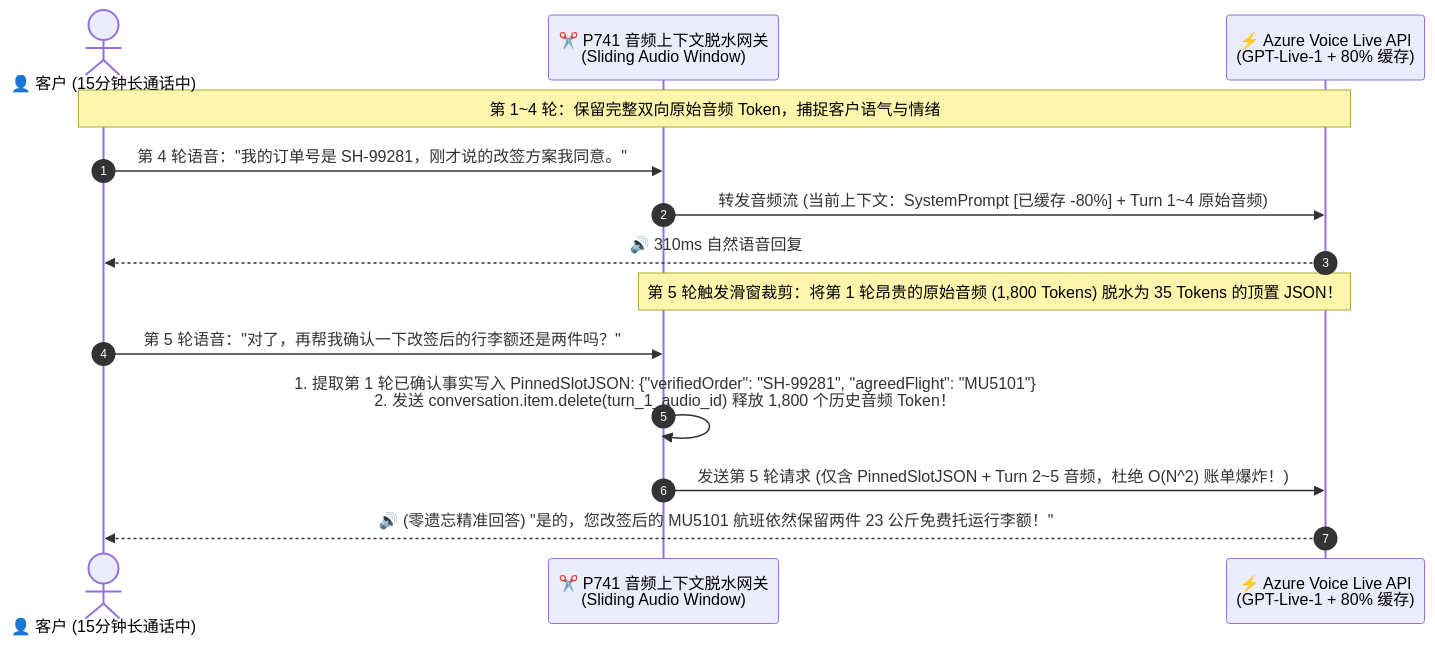
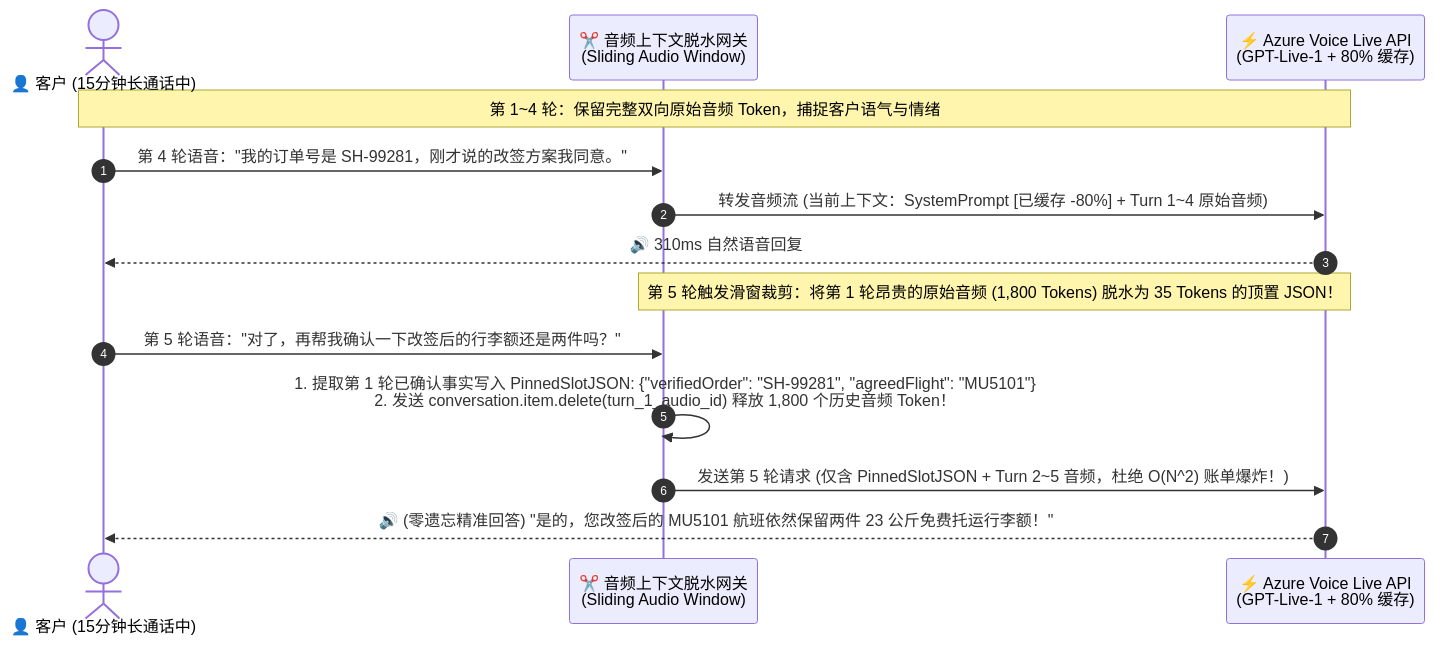
One commit to turbo998/voice-agent-lab changed the third of 3 diagrams in docs/voice-native-s2s-models-gpt-live-realtime-gemini-live-nova-sonic-selection-faq.md. Above: the diagram before and after it, drawn with Mermaid. The commit also changed other lines of this file and 715 other files, not shown here.

````diff
--- a/docs/voice-native-s2s-models-gpt-live-realtime-gemini-live-nova-sonic-selection-faq.md
+++ b/docs/voice-native-s2s-models-gpt-live-realtime-gemini-live-nova-sonic-selection-faq.md
@@ -127,18 +127,18 @@
 ```mermaid
 sequenceDiagram
-    autonumber
-    actor Caller as 👤 客户 (15分钟长通话中)
-    participant Pruner as ✂️ P741 音频上下文脱水网关<br/>(Sliding Audio Window)
-    participant LiveAPI as ⚡ Azure Voice Live API<br/>(GPT-Live-1 + 80% 缓存)
+ autonumber
+ actor Caller as 👤 客户 (15分钟长通话中)
+ participant Pruner as ✂️ 音频上下文脱水网关<br/>(Sliding Audio Window)
+ participant LiveAPI as ⚡ Azure Voice Live API<br/>(GPT-Live-1 + 80% 缓存)
 
-    Note over Caller,LiveAPI: 第 1~4 轮：保留完整双向原始音频 Token，捕捉客户语气与情绪
-    Caller->>Pruner: 第 4 轮语音："我的订单号是 SH-99281，刚才说的改签方案我同意。"
-    Pruner->>LiveAPI: 转发音频流 (当前上下文：SystemPrompt [已缓存 -80%] + Turn 1~4 原始音频)
-    LiveAPI-->>Caller: 🔊 310ms 自然语音回复
+ Note over Caller,LiveAPI: 第 1~4 轮：保留完整双向原始音频 Token，捕捉客户语气与情绪
+ Caller->>Pruner: 第 4 轮语音："我的订单号是 SH-99281，刚才说的改签方案我同意。"
+ Pruner->>LiveAPI: 转发音频流 (当前上下文：SystemPrompt [已缓存 -80%] + Turn 1~4 原始音频)
+ LiveAPI-->>Caller: 🔊 310ms 自然语音回复
 
-    Note over Pruner,LiveAPI: 第 5 轮触发滑窗裁剪：将第 1 轮昂贵的原始音频 (1,800 Tokens) 脱水为 35 Tokens 的顶置 JSON！
-    Caller->>Pruner: 第 5 轮语音："对了，再帮我确认一下改签后的行李额还是两件吗？"
-    Pruner->>Pruner: 1. 提取第 1 轮已确认事实写入 PinnedSlotJSON: {"verifiedOrder": "SH-99281", "agreedFlight": "MU5101"}<br/>2. 发送 conversation.item.delete(turn_1_audio_id) 释放 1,800 个历史音频 Token！
-    Pruner->>LiveAPI: 发送第 5 轮请求 (仅含 PinnedSlotJSON + Turn 2~5 音频，杜绝 O(N^2) 账单爆炸！)
-    LiveAPI-->>Caller: 🔊 (零遗忘精准回答) "是的，您改签后的 MU5101 航班依然保留两件 23 公斤免费托运行李额！"
+ Note over Pruner,LiveAPI: 第 5 轮触发滑窗裁剪：将第 1 轮昂贵的原始音频 (1,800 Tokens) 脱水为 35 Tokens 的顶置 JSON！
+ Caller->>Pruner: 第 5 轮语音："对了，再帮我确认一下改签后的行李额还是两件吗？"
+ Pruner->>Pruner: 1. 提取第 1 轮已确认事实写入 PinnedSlotJSON: {"verifiedOrder": "SH-99281", "agreedFlight": "MU5101"}<br/>2. 发送 conversation.item.delete(turn_1_audio_id) 释放 1,800 个历史音频 Token！
+ Pruner->>LiveAPI: 发送第 5 轮请求 (仅含 PinnedSlotJSON + Turn 2~5 音频，杜绝 O(N^2) 账单爆炸！)
+ LiveAPI-->>Caller: 🔊 (零遗忘精准回答) "是的，您改签后的 MU5101 航班依然保留两件 23 公斤免费托运行李额！"
 ```
````
